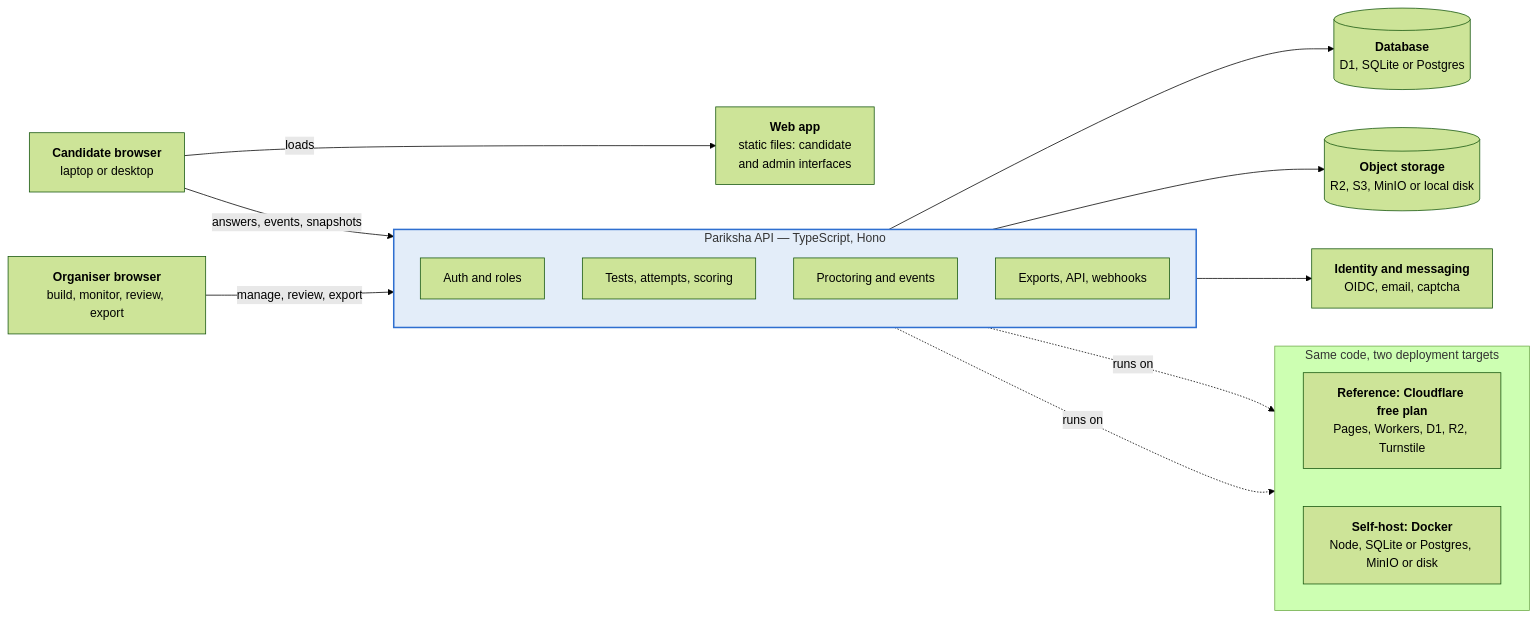
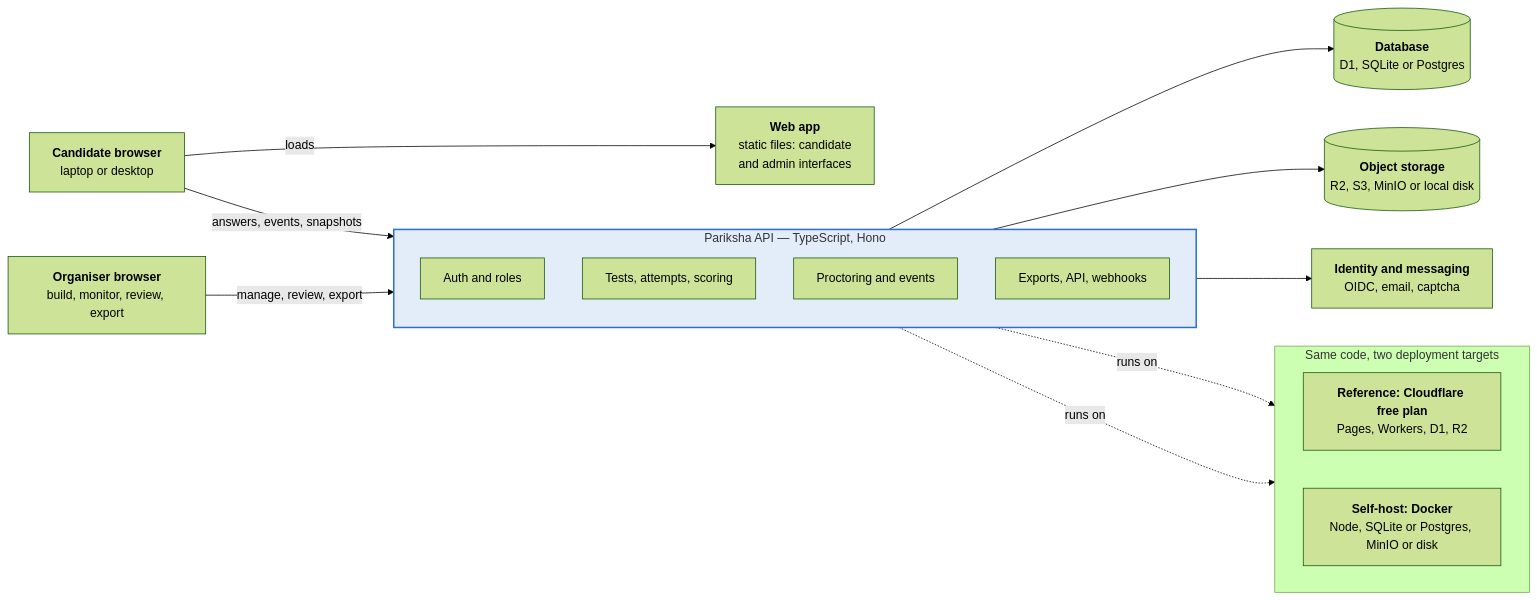
Before and after one commit to SriSatyaLokesh/pariksha: the third of 4 diagrams in docs/PRD.md, drawn with Mermaid (forest theme). The commit also changed other lines of this file and 4 other files, not shown here.

````diff
--- a/docs/PRD.md
+++ b/docs/PRD.md
@@ -408,36 +408,36 @@
 ```mermaid
 flowchart LR
     CB["<b>Candidate browser</b><br/>laptop or desktop"]
     OB["<b>Organiser browser</b><br/>build, monitor, review, export"]
     WA["<b>Web app</b><br/>static files: candidate<br/>and admin interfaces"]
 
     subgraph API["Pariksha API — TypeScript, Hono"]
         direction TB
         AU["Auth and roles"]
         TE["Tests, attempts, scoring"]
         PR["Proctoring and events"]
         EX["Exports, API, webhooks"]
     end
 
     DB[("<b>Database</b><br/>D1, SQLite or Postgres")]
     OS[("<b>Object storage</b><br/>R2, S3, MinIO or local disk")]
     ID["<b>Identity and messaging</b><br/>OIDC, email, captcha"]
 
     CB -- loads --> WA
     CB -- answers, events, snapshots --> API
     OB -- manage, review, export --> API
     API --> DB
     API --> OS
     API --> ID
     API -. runs on .-> CF
     API -. runs on .-> DK
 
     subgraph TARGETS["Same code, two deployment targets"]
         direction LR
-        CF["<b>Reference: Cloudflare free plan</b><br/>Pages, Workers, D1, R2, Turnstile"]
+        CF["<b>Reference: Cloudflare free plan</b><br/>Pages, Workers, D1, R2"]
         DK["<b>Self-host: Docker</b><br/>Node, SQLite or Postgres, MinIO or disk"]
     end
 
     classDef focus fill:#e3edf9,stroke:#2f6fd0,stroke-width:2px;
     class API focus;
 ```
````
